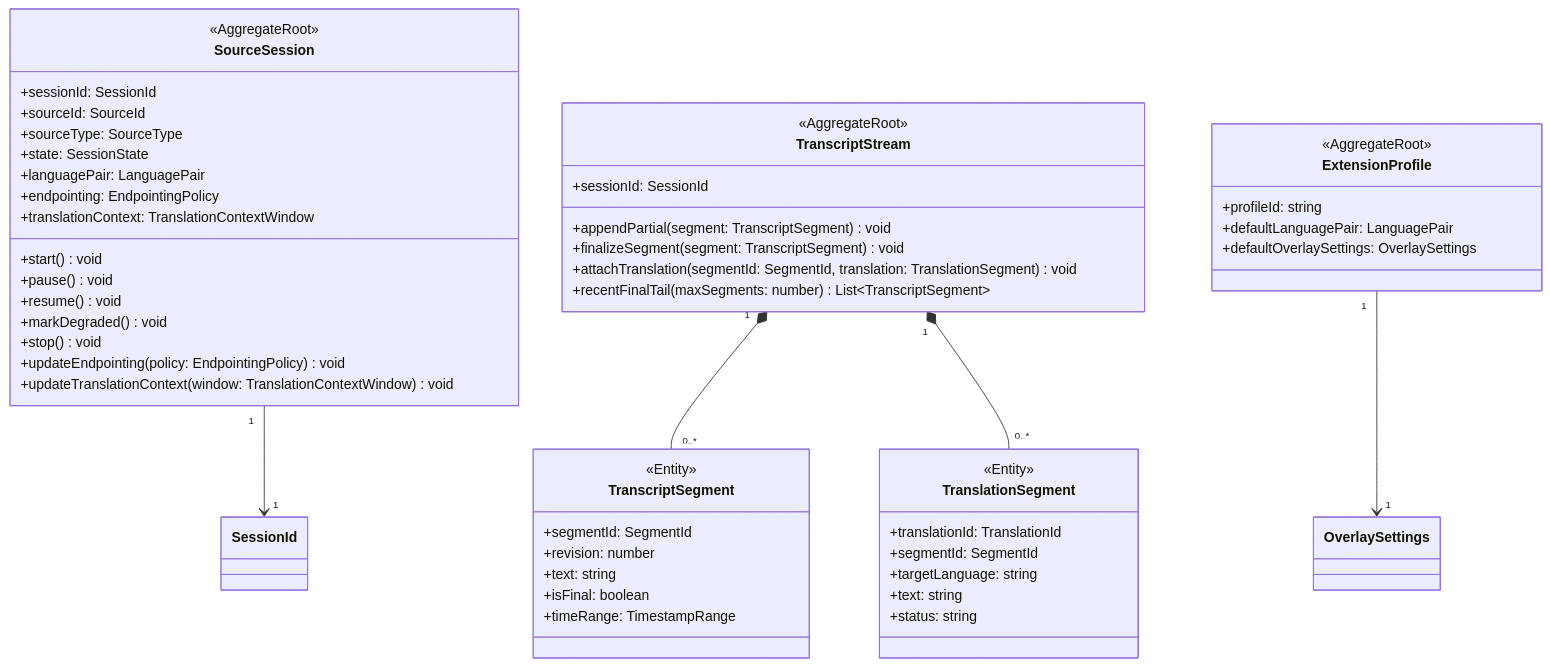
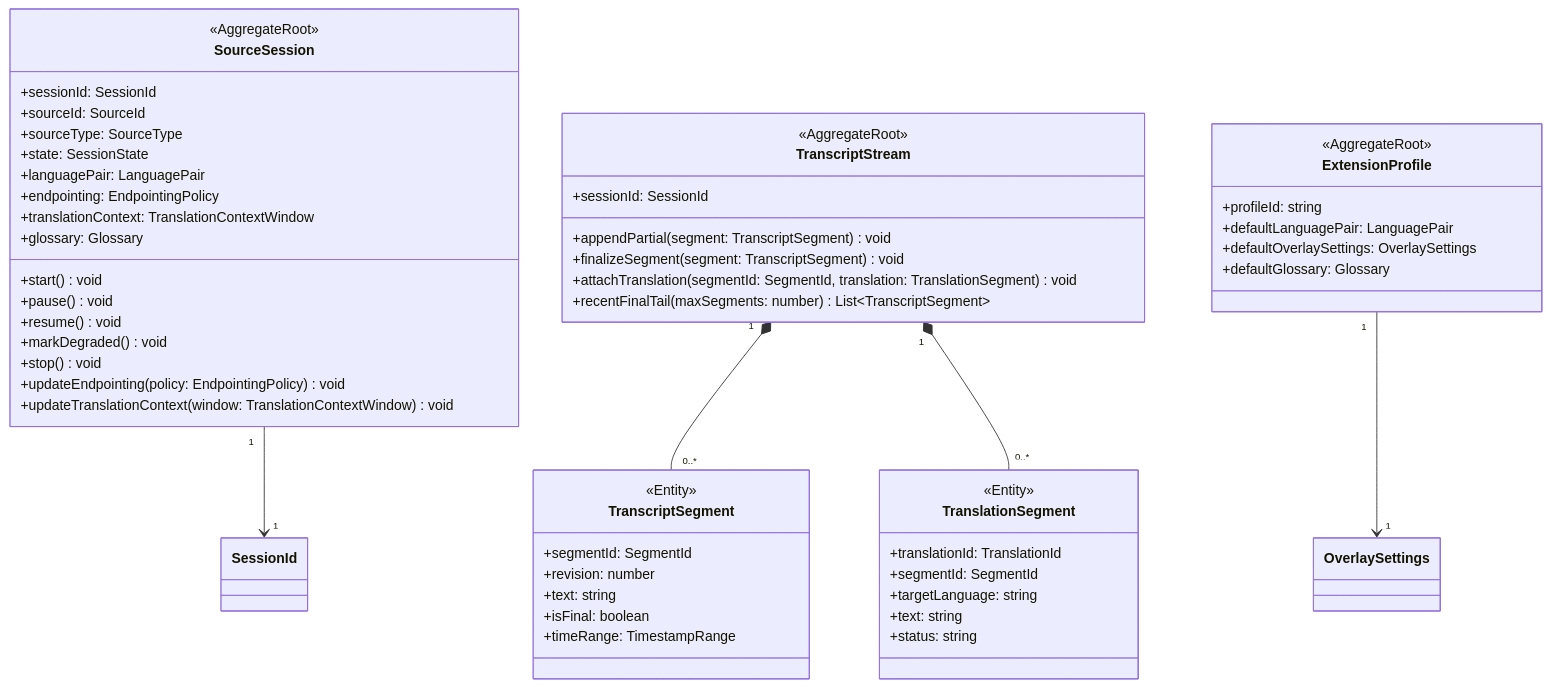
Before and after one commit to lihs-ie/perapera: the second of 4 diagrams in docs/in-progress/03-detailed-design/domain.md, drawn with Mermaid. The commit also changed other lines of this file and 54 other files, not shown here.

````diff
--- a/docs/in-progress/03-detailed-design/domain.md
+++ b/docs/in-progress/03-detailed-design/domain.md
@@ -95,59 +95,61 @@
 ```mermaid
 classDiagram
     class SourceSession {
         <<AggregateRoot>>
         +sessionId: SessionId
         +sourceId: SourceId
         +sourceType: SourceType
         +state: SessionState
         +languagePair: LanguagePair
         +endpointing: EndpointingPolicy
         +translationContext: TranslationContextWindow
+        +glossary: Glossary
         +start() void
         +pause() void
         +resume() void
         +markDegraded() void
         +stop() void
         +updateEndpointing(policy: EndpointingPolicy) void
         +updateTranslationContext(window: TranslationContextWindow) void
     }
 
     class TranscriptStream {
         <<AggregateRoot>>
         +sessionId: SessionId
         +appendPartial(segment: TranscriptSegment) void
         +finalizeSegment(segment: TranscriptSegment) void
         +attachTranslation(segmentId: SegmentId, translation: TranslationSegment) void
         +recentFinalTail(maxSegments: number) List~TranscriptSegment~
     }
 
     class TranscriptSegment {
         <<Entity>>
         +segmentId: SegmentId
         +revision: number
         +text: string
         +isFinal: boolean
         +timeRange: TimestampRange
     }
 
     class TranslationSegment {
         <<Entity>>
         +translationId: TranslationId
         +segmentId: SegmentId
         +targetLanguage: string
         +text: string
         +status: string
     }
 
     class ExtensionProfile {
         <<AggregateRoot>>
         +profileId: string
         +defaultLanguagePair: LanguagePair
         +defaultOverlaySettings: OverlaySettings
+        +defaultGlossary: Glossary
     }
 
     SourceSession "1" --> "1" SessionId
     TranscriptStream "1" *-- "0..*" TranscriptSegment
     TranscriptStream "1" *-- "0..*" TranslationSegment
     ExtensionProfile "1" --> "1" OverlaySettings
 ```
````
